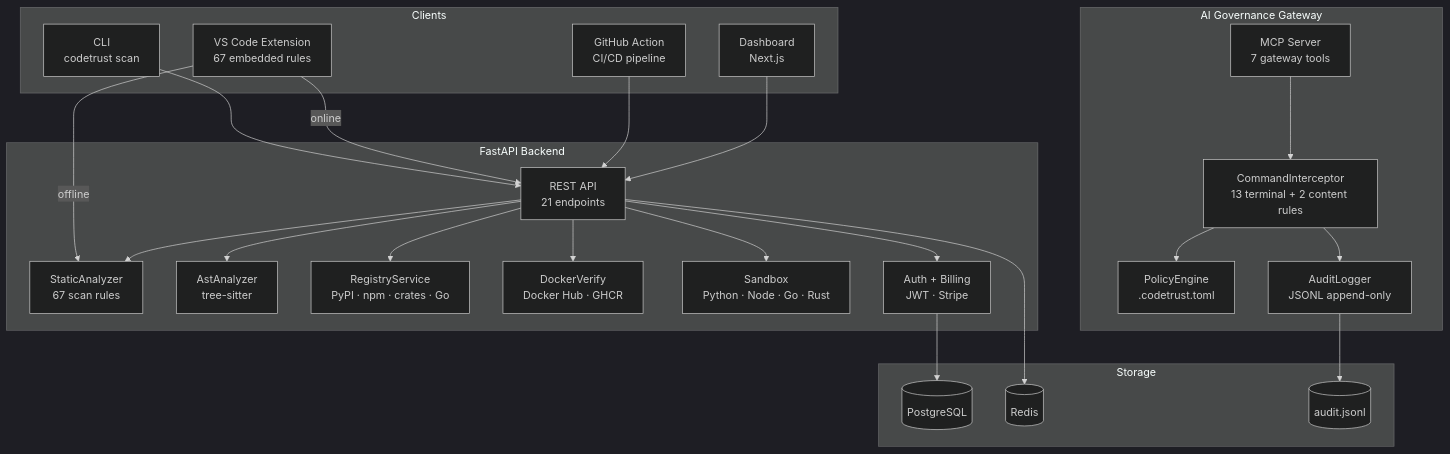
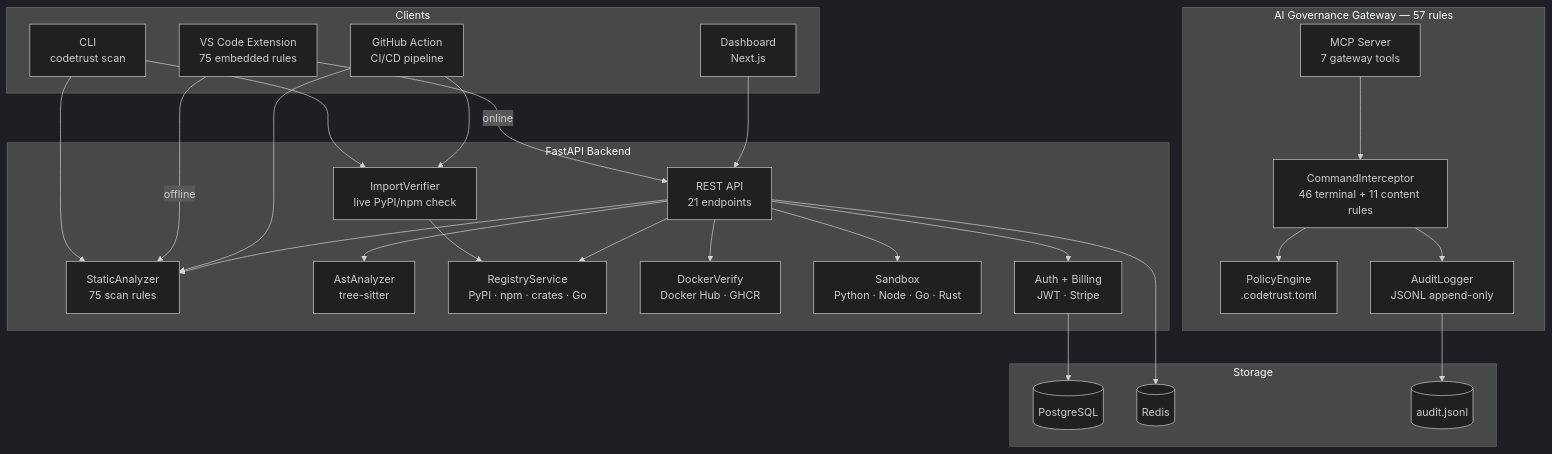
One commit to S-Borna/codetrust changed the diagram in README.md. Above: the diagram before and after it, drawn with Mermaid (dark theme). The commit also changed other lines of this file and 4 other files, not shown here.

````diff
--- a/README.md
+++ b/README.md
@@ -32,52 +38,56 @@
 ```mermaid
 flowchart TB
     subgraph Clients
         CLI["CLI<br/>codetrust scan"]
-        EXT["VS Code Extension<br/>67 embedded rules"]
+        EXT["VS Code Extension<br/>75 embedded rules"]
         GHA["GitHub Action<br/>CI/CD pipeline"]
         DASH["Dashboard<br/>Next.js"]
     end
 
-    subgraph Gateway["AI Governance Gateway"]
+    subgraph Gateway["AI Governance Gateway — 57 rules"]
         MCP_GW["MCP Server<br/>7 gateway tools"]
-        INT["CommandInterceptor<br/>13 terminal + 2 content rules"]
+        INT["CommandInterceptor<br/>46 terminal + 11 content rules"]
         POL["PolicyEngine<br/>.codetrust.toml"]
         AUD["AuditLogger<br/>JSONL append-only"]
     end
 
     subgraph API["FastAPI Backend"]
         REST["REST API<br/>21 endpoints"]
-        SCAN["StaticAnalyzer<br/>67 scan rules"]
+        SCAN["StaticAnalyzer<br/>75 scan rules"]
+        IMPORT["ImportVerifier<br/>live PyPI/npm check"]
         AST["AstAnalyzer<br/>tree-sitter"]
         REG["RegistryService<br/>PyPI · npm · crates · Go"]
         DOCK["DockerVerify<br/>Docker Hub · GHCR"]
         SAND["Sandbox<br/>Python · Node · Go · Rust"]
         AUTH["Auth + Billing<br/>JWT · Stripe"]
     end
 
     subgraph Storage
         PG[(PostgreSQL)]
         REDIS[(Redis)]
         JSONL[("audit.jsonl")]
     end
 
-    CLI --> REST
+    CLI --> SCAN
+    CLI --> IMPORT
     EXT -->|offline| SCAN
     EXT -->|online| REST
-    GHA --> REST
+    GHA --> SCAN
+    GHA --> IMPORT
     DASH --> REST
 
     MCP_GW --> INT
     INT --> POL
     INT --> AUD
     AUD --> JSONL
 
+    IMPORT --> REG
     REST --> SCAN
     REST --> AST
     REST --> REG
     REST --> DOCK
     REST --> SAND
     REST --> AUTH
     AUTH --> PG
     REST --> REDIS
 ```
````
